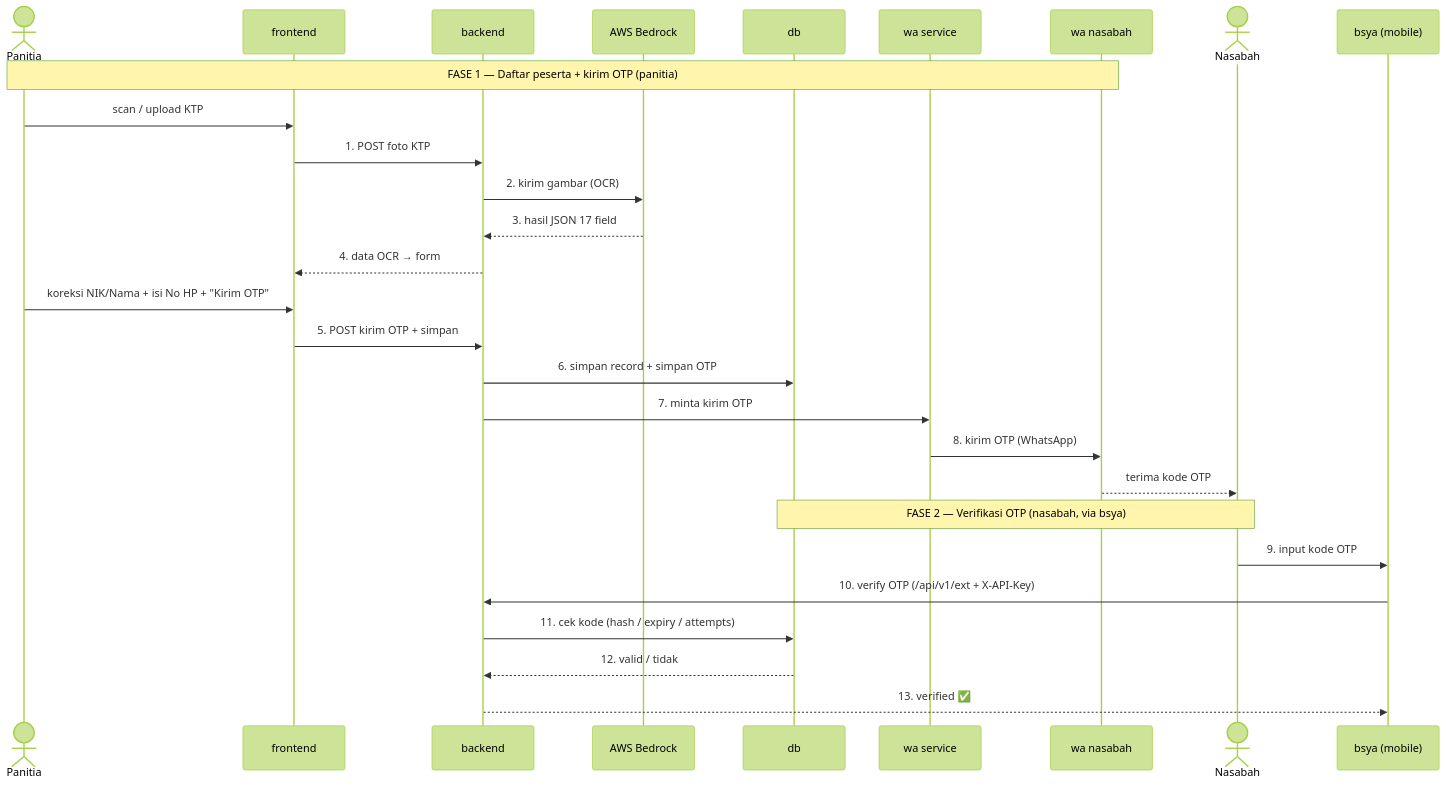
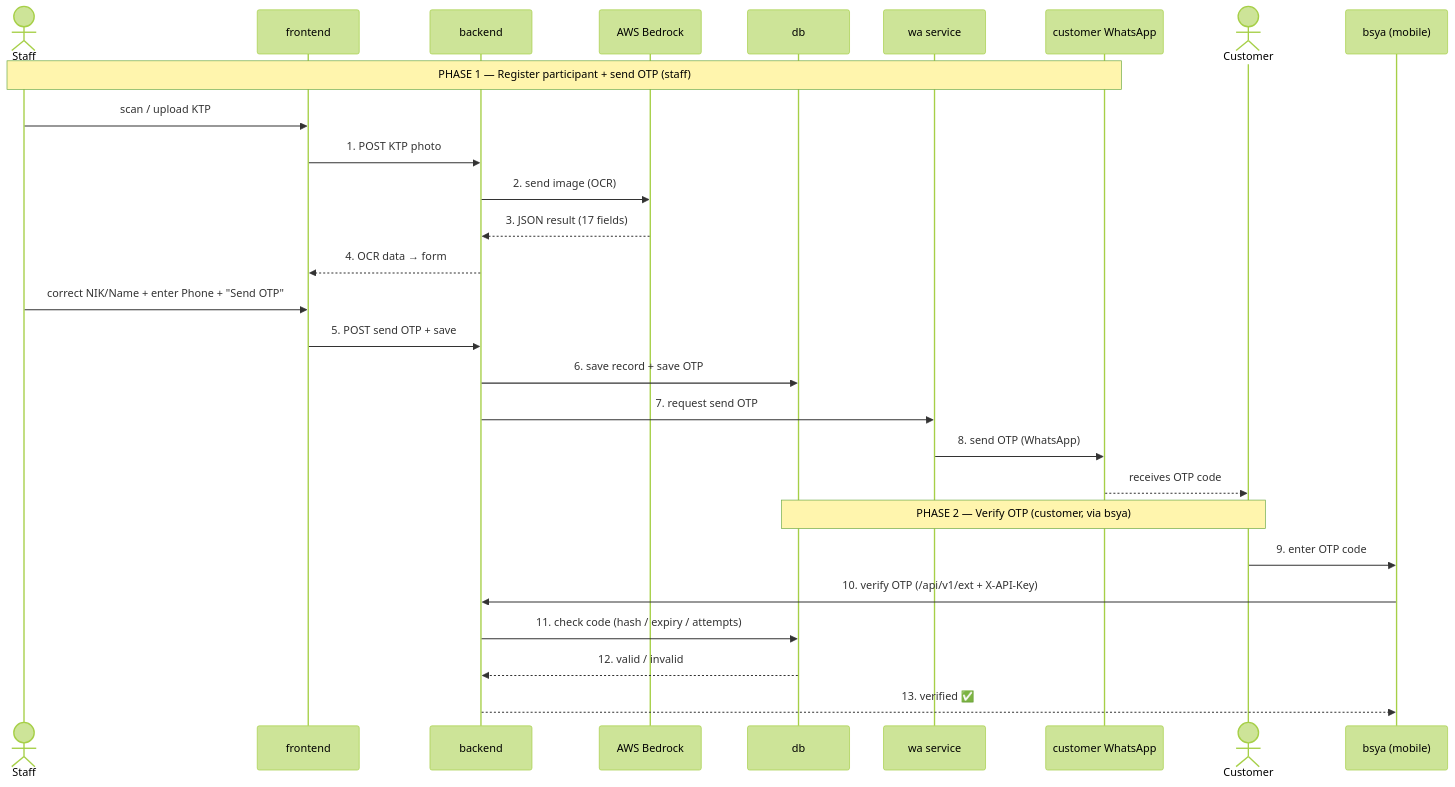
Before and after one commit to sdhuchri/bts-event: the second of 2 diagrams in docs/architecture.md, drawn with Mermaid (forest theme). The commit also changed other lines of this file, not shown here.

Commit message:
docs: translate architecture.md to English

````diff
--- a/docs/architecture.md
+++ b/docs/architecture.md
@@ -58,32 +58,32 @@
 ```mermaid
 sequenceDiagram
-    actor P as Panitia
+    actor P as Staff
     participant FE as frontend
     participant BE as backend
     participant AI as AWS Bedrock
     participant DB as db
     participant WA as wa service
-    participant WN as wa nasabah
-    actor N as Nasabah
+    participant WN as customer WhatsApp
+    actor N as Customer
     participant MB as bsya (mobile)
 
-    Note over P,WN: FASE 1 — Daftar peserta + kirim OTP (panitia)
+    Note over P,WN: PHASE 1 — Register participant + send OTP (staff)
     P->>FE: scan / upload KTP
-    FE->>BE: 1. POST foto KTP
-    BE->>AI: 2. kirim gambar (OCR)
-    AI-->>BE: 3. hasil JSON 17 field
-    BE-->>FE: 4. data OCR → form
-    P->>FE: koreksi NIK/Nama + isi No HP + "Kirim OTP"
-    FE->>BE: 5. POST kirim OTP + simpan
-    BE->>DB: 6. simpan record + simpan OTP
-    BE->>WA: 7. minta kirim OTP
-    WA->>WN: 8. kirim OTP (WhatsApp)
-    WN-->>N: terima kode OTP
+    FE->>BE: 1. POST KTP photo
+    BE->>AI: 2. send image (OCR)
+    AI-->>BE: 3. JSON result (17 fields)
+    BE-->>FE: 4. OCR data → form
+    P->>FE: correct NIK/Name + enter Phone + "Send OTP"
+    FE->>BE: 5. POST send OTP + save
+    BE->>DB: 6. save record + save OTP
+    BE->>WA: 7. request send OTP
+    WA->>WN: 8. send OTP (WhatsApp)
+    WN-->>N: receives OTP code
 
-    Note over N,DB: FASE 2 — Verifikasi OTP (nasabah, via bsya)
-    N->>MB: 9. input kode OTP
+    Note over N,DB: PHASE 2 — Verify OTP (customer, via bsya)
+    N->>MB: 9. enter OTP code
     MB->>BE: 10. verify OTP (/api/v1/ext + X-API-Key)
-    BE->>DB: 11. cek kode (hash / expiry / attempts)
-    DB-->>BE: 12. valid / tidak
+    BE->>DB: 11. check code (hash / expiry / attempts)
+    DB-->>BE: 12. valid / invalid
     BE-->>MB: 13. verified ✅
 ```
````
